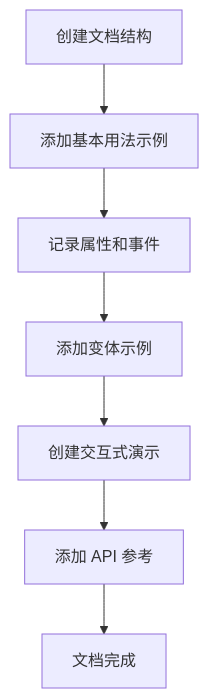
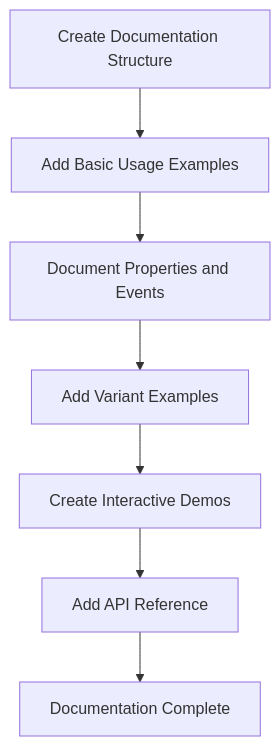
One commit to mastergo-design/mastergo-magic-mcp changed the fifth of 5 diagrams in src/markdown/component-workflow.md. Above: the diagram before and after it, drawn with Mermaid. The commit also changed other lines of this file and 1 other file, not shown here.

First line of the commit message:
refactor: update component documentation for clarity and consistency

````diff
--- a/src/markdown/component-workflow.md
+++ b/src/markdown/component-workflow.md
@@ -120,9 +120,9 @@
 ```mermaid
 graph TD
-    D1[创建文档结构] --> D2[添加基本用法示例]
-    D2 --> D3[记录属性和事件]
-    D3 --> D4[添加变体示例]
-    D4 --> D5[创建交互式演示]
-    D5 --> D6[添加 API 参考]
-    D6 --> D7[文档完成]
+    D1[Create Documentation Structure] --> D2[Add Basic Usage Examples]
+    D2 --> D3[Document Properties and Events]
+    D3 --> D4[Add Variant Examples]
+    D4 --> D5[Create Interactive Demos]
+    D5 --> D6[Add API Reference]
+    D6 --> D7[Documentation Complete]
 ```
````
